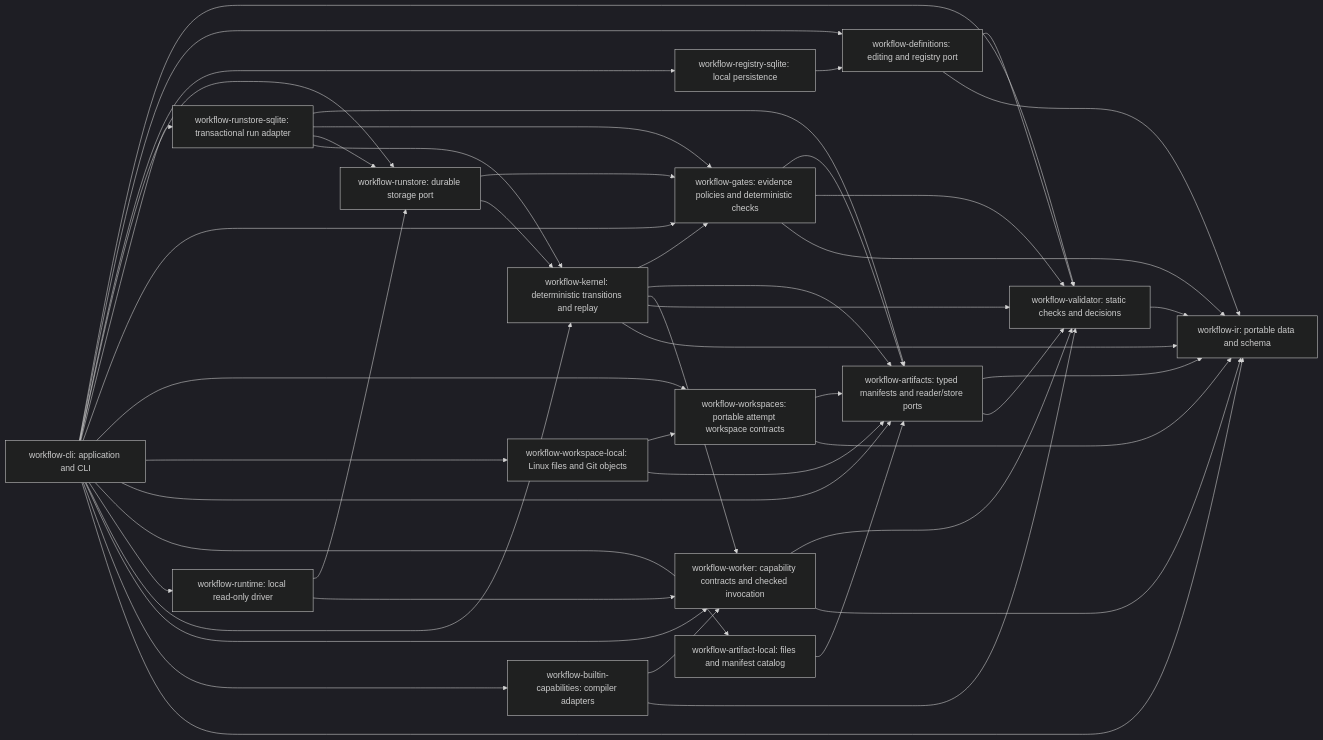
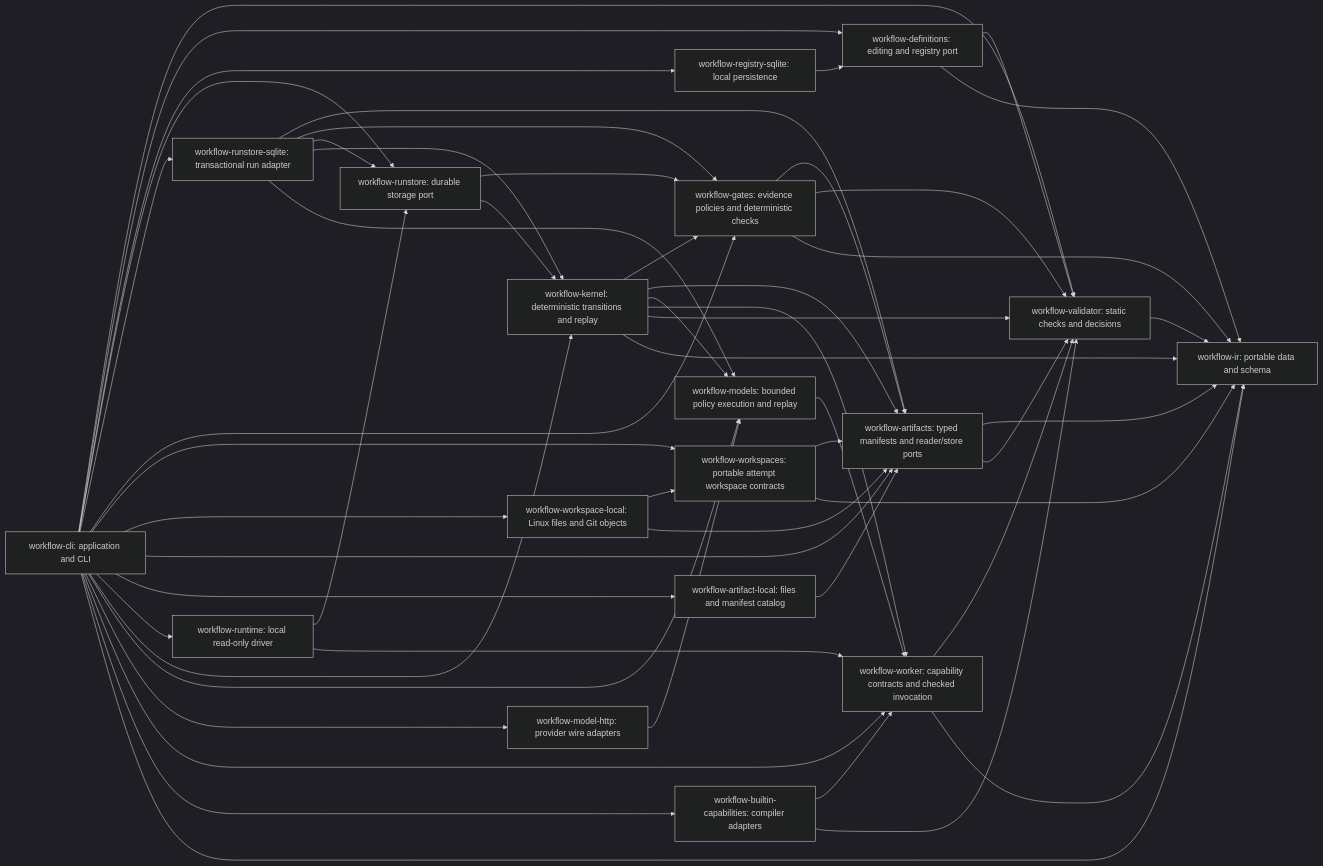
Before and after one commit to coolplayagent/workflow-cli: the diagram in docs/roadmap.md, drawn with Mermaid (dark theme). The commit also changed other lines of this file and 68 other files, not shown here.

Commit message:
feat: execute bounded model policies with durable records (#28)

````diff
--- a/docs/roadmap.md
+++ b/docs/roadmap.md
@@ -8,49 +8,55 @@
 ```mermaid
 flowchart LR
     CLI[workflow-cli: application and CLI] --> V[workflow-validator: static checks and decisions]
     CLI --> D[workflow-definitions: editing and registry port]
     CLI --> S[workflow-registry-sqlite: local persistence]
     CLI --> RS[workflow-runstore: durable storage port]
     CLI --> DB[workflow-runstore-sqlite: transactional run adapter]
     CLI --> G[workflow-gates: evidence policies and deterministic checks]
     G --> A
     G --> V
     G --> IR
     CLI --> WS[workflow-workspaces: portable attempt workspace contracts]
     CLI --> WL[workflow-workspace-local: Linux files and Git objects]
     WL --> WS
     WL --> A
     WS --> A
     WS --> IR
     CLI --> A[workflow-artifacts: typed manifests and reader/store ports]
     CLI --> AF[workflow-artifact-local: files and manifest catalog]
     AF --> A
     DB --> A
     DB --> G
     RS --> G
     K --> G
     K --> A
     A --> IR
     A --> V
     CLI --> RT[workflow-runtime: local read-only driver]
     RT --> RS
     RT --> W
     DB --> RS
     DB --> K
     RS --> K
     CLI --> K[workflow-kernel: deterministic transitions and replay]
+    K --> M[workflow-models: bounded policy execution and replay]
+    DB --> M
+    CLI --> M
+    CLI --> MH[workflow-model-http: provider wire adapters]
+    MH --> M
+    M --> W
     K --> W
     K --> V
     K --> IR
     CLI --> W[workflow-worker: capability contracts and checked invocation]
     CLI --> B[workflow-builtin-capabilities: compiler adapters]
     B --> W
     B --> V
     W --> V
     W --> IR
     S --> D
     D --> V
     D --> IR[workflow-ir: portable data and schema]
     CLI --> IR
     V --> IR
 ```
````
